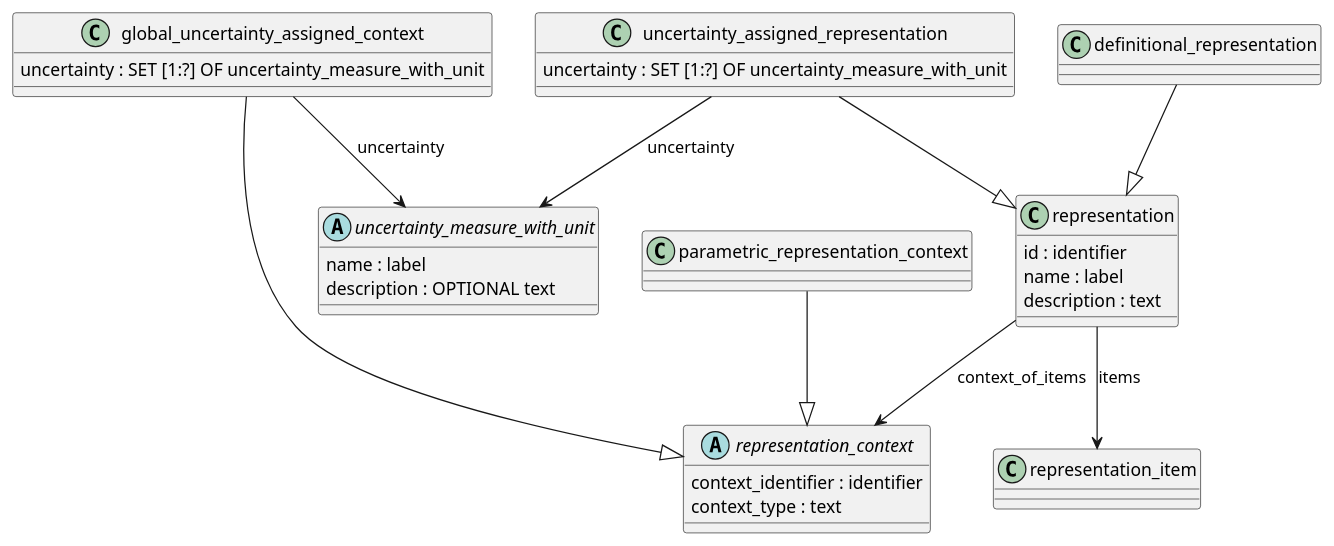
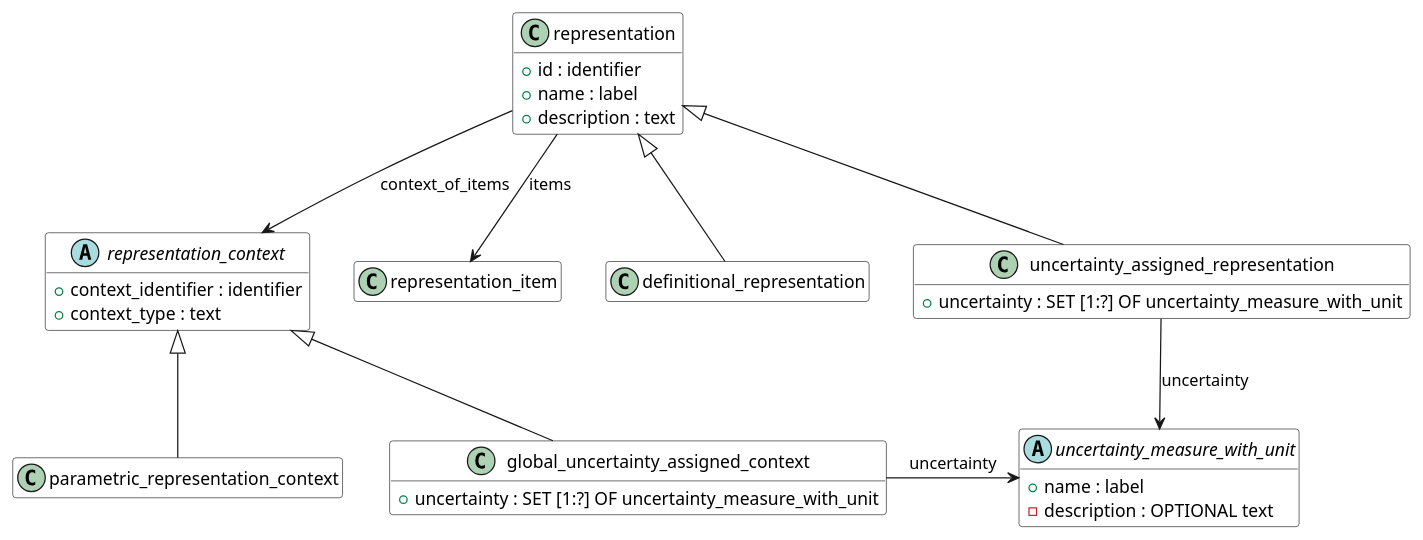
Before and after one commit to chukkaba/10303: the diagram in 008 Representation/source/representation.pu, drawn with PlantUML. The commit also changed 4 other files, not shown here.

```diff
--- a/008 Representation/source/representation.pu
+++ b/008 Representation/source/representation.pu
@@ -1,55 +1,56 @@
-@startuml
+@startuml representation
 
-class representation {
-  id : identifier
-  name : label
-  description : text
+hide empty members
+
+class representation #White {
+  + id : identifier
+  + name : label
+  + description : text
 }
 
-abstract class representation_context {
-  context_identifier : identifier
-  context_type : text
+abstract class representation_context #White {
+  + context_identifier : identifier
+  + context_type : text
+}
+
+class representation_item #White {
+
+}
+
+class definitional_representation #White {
+}
+
+class global_uncertainty_assigned_context #White {
+  + uncertainty : SET [1:?] OF uncertainty_measure_with_unit
 }
 
 
-
-class definitional_representation {
-}
-
-class global_uncertainty_assigned_context {
-  uncertainty : SET [1:?] OF uncertainty_measure_with_unit
+class parametric_representation_context #White {
 }
 
 
-class parametric_representation_context {
+class uncertainty_assigned_representation #White {
+  + uncertainty : SET [1:?] OF uncertainty_measure_with_unit
 }
 
-
-class uncertainty_assigned_representation {
-  uncertainty : SET [1:?] OF uncertainty_measure_with_unit
-}
-
-abstract class uncertainty_measure_with_unit {
-  name : label
-  description : OPTIONAL text
+abstract class uncertainty_measure_with_unit #White {
+  + name : label
+  - description : OPTIONAL text
 }
 
 ' Связи между классами
 
-definitional_representation --|> representation
-global_uncertainty_assigned_context --|> representation_context
-parametric_representation_context --|> representation_context
-uncertainty_assigned_representation --|> representation
+definitional_representation -up-|> representation
+global_uncertainty_assigned_context -up-|> representation_context
+parametric_representation_context -up-|> representation_context
+uncertainty_assigned_representation -up-|> representation
 
 
 
 representation --> representation_item : items
 representation --> representation_context : context_of_items
 
-global_uncertainty_assigned_context --> uncertainty_measure_with_unit : uncertainty
+global_uncertainty_assigned_context -right-> uncertainty_measure_with_unit : uncertainty
 uncertainty_assigned_representation --> uncertainty_measure_with_unit : uncertainty
 
-
-
-
 @enduml
```
